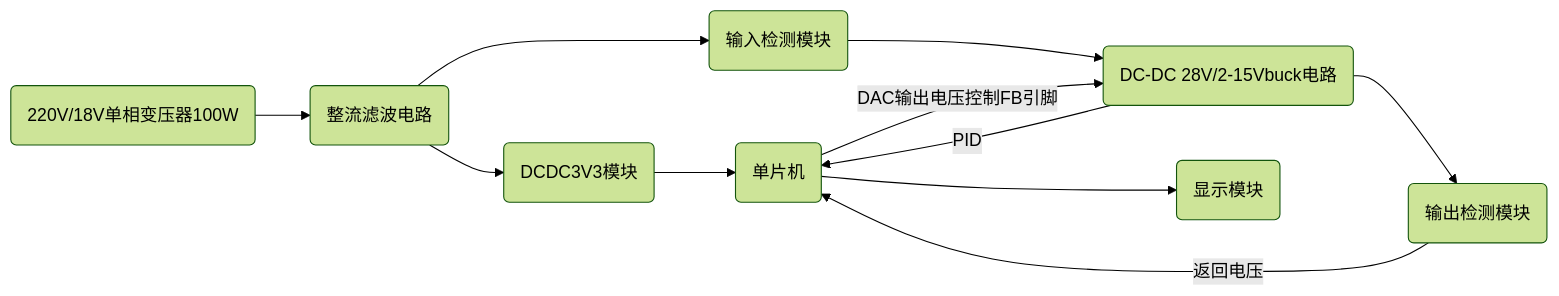
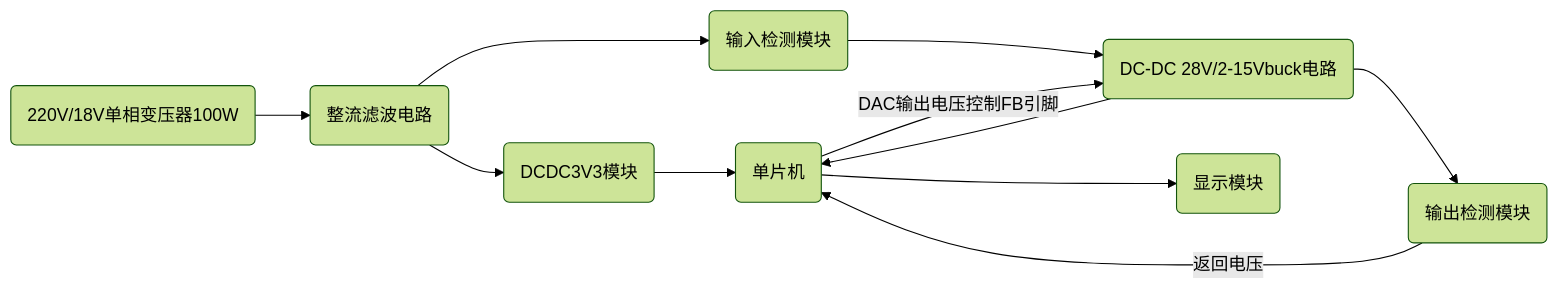
Before and after one commit to silence-breaker/Electronic-Design-Program: the first of 4 diagrams in 程控直流稳压电源.md, drawn with Mermaid (forest theme). The commit also changed other lines of this file, not shown here.

````diff
--- a/程控直流稳压电源.md
+++ b/程控直流稳压电源.md
@@ -29,18 +28,18 @@
 ```mermaid
 flowchart LR
 id1(220V/18V单相变压器100W)
 id2(整流滤波电路)
 id3(DC-DC 28V/2-15Vbuck电路)
 id4(单片机)
 id5(输出检测模块)
 id6(显示模块)
 
 id9(输入检测模块)
 id10(DCDC3V3模块)
 id2-->id10-->id4
 id1-->id2-->id9-->id3
 id4--DAC输出电压控制FB引脚-->id3-->id5--返回电压-->id4
 id4-->id6
-id3--PID-->id4
+id3-->id4
 
 ```
````
